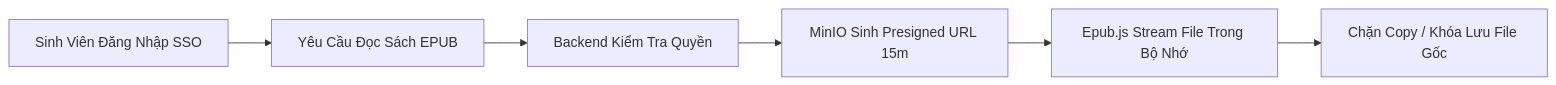
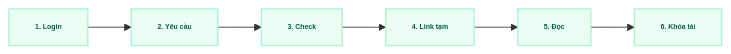
Before and after one commit to se-bros/hcmus-projectmanage--lab: the diagram in docs/slide/pages/03-architecture-poc.md, drawn with Mermaid. The commit also changed other lines of this file and 11 other files, not shown here.

Commit message:
Update slides: layout adjustments, merge pages, and SVG overview diagram

````diff
--- a/docs/slide/pages/03-architecture-poc.md
+++ b/docs/slide/pages/03-architecture-poc.md
@@ -196,8 +216,11 @@
 ```mermaid
 graph LR
-    A[Sinh Viên Đăng Nhập SSO] --> B[Yêu Cầu Đọc Sách EPUB]
-    B --> C[Backend Kiểm Tra Quyền]
-    C --> D[MinIO Sinh Presigned URL 15m]
-    D --> E[Epub.js Stream File Trong Bộ Nhớ]
-    E --> F[Chặn Copy / Khóa Lưu File Gốc]
+    A[1. Login] --> B[2. Yêu cầu]
+    B --> C[3. Check]
+    C --> D[4. Link tạm]
+    D --> E[5. Đọc]
+    E --> F[6. Khóa tải]
+    classDef default fill:#f8fafc,stroke:#cbd5e1,stroke-width:1px,color:#1e293b,font-size:8px,font-weight:bold;
+    classDef main fill:#ecfdf5,stroke:#a7f3d0,stroke-width:1.5px,color:#065f46,font-weight:bold;
+    class A,B,C,D,E,F main;
 ```
````
